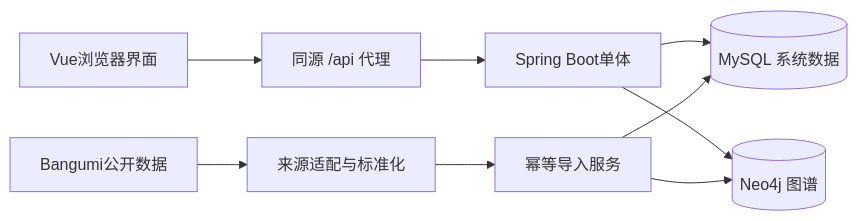
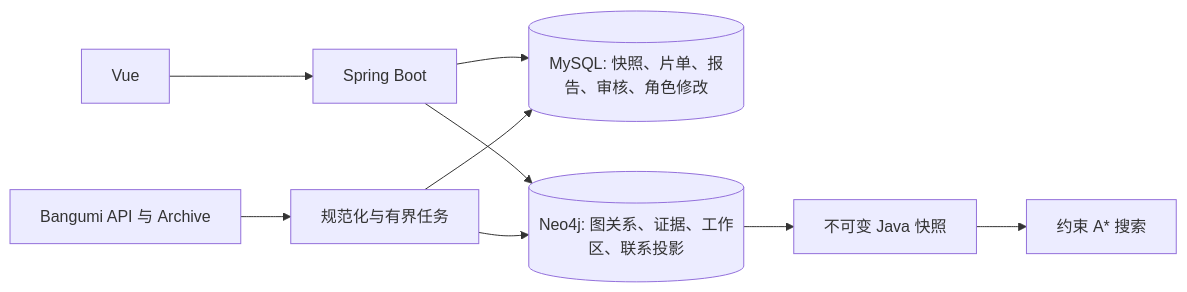
One commit to ye0619/CourseDesign_Anime_Character_Relationships changed the diagram in docs/数据模型.md. Above: the diagram before and after it, drawn with Mermaid. The commit also changed other lines of this file and 99 other files, not shown here.

````diff
--- a/docs/数据模型.md
+++ b/docs/数据模型.md
@@ -21,11 +7,11 @@
 ```mermaid
 flowchart LR
-    Browser[Vue浏览器界面] --> Proxy[同源 /api 代理]
-    Proxy --> App[Spring Boot单体]
-    App --> SQL[(MySQL 系统数据)]
-    App --> Graph[(Neo4j 图谱)]
-    Bangumi[Bangumi公开数据] --> Adapter[来源适配与标准化]
-    Adapter --> Import[幂等导入服务]
-    Import --> Graph
-    Import --> SQL
+    UI[Vue] --> APP[Spring Boot]
+    APP --> SQL[(MySQL: 快照、片单、报告、审核、角色修改)]
+    APP --> GRAPH[(Neo4j: 图关系、证据、工作区、联系投影)]
+    SOURCE[Bangumi API 与 Archive] --> ADAPTER[规范化与有界任务]
+    ADAPTER --> SQL
+    ADAPTER --> GRAPH
+    GRAPH --> SNAPSHOT[不可变 Java 快照]
+    SNAPSHOT --> SEARCH[约束 A* 搜索]
 ```
````
